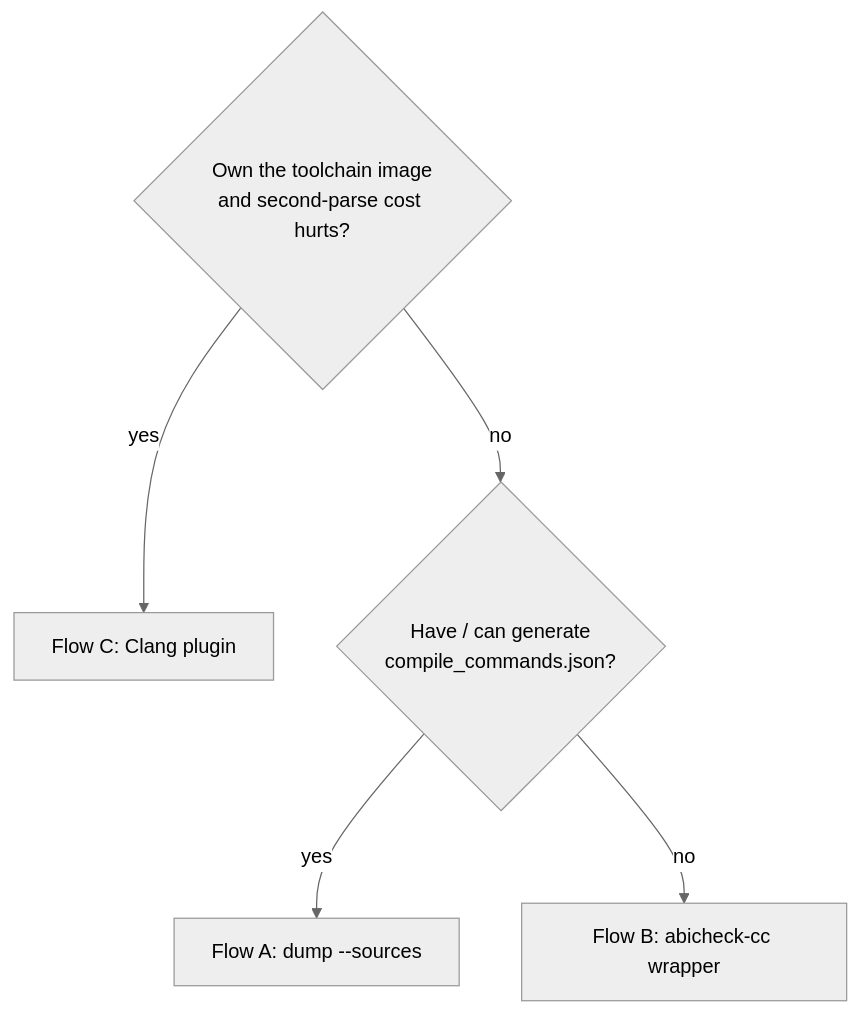
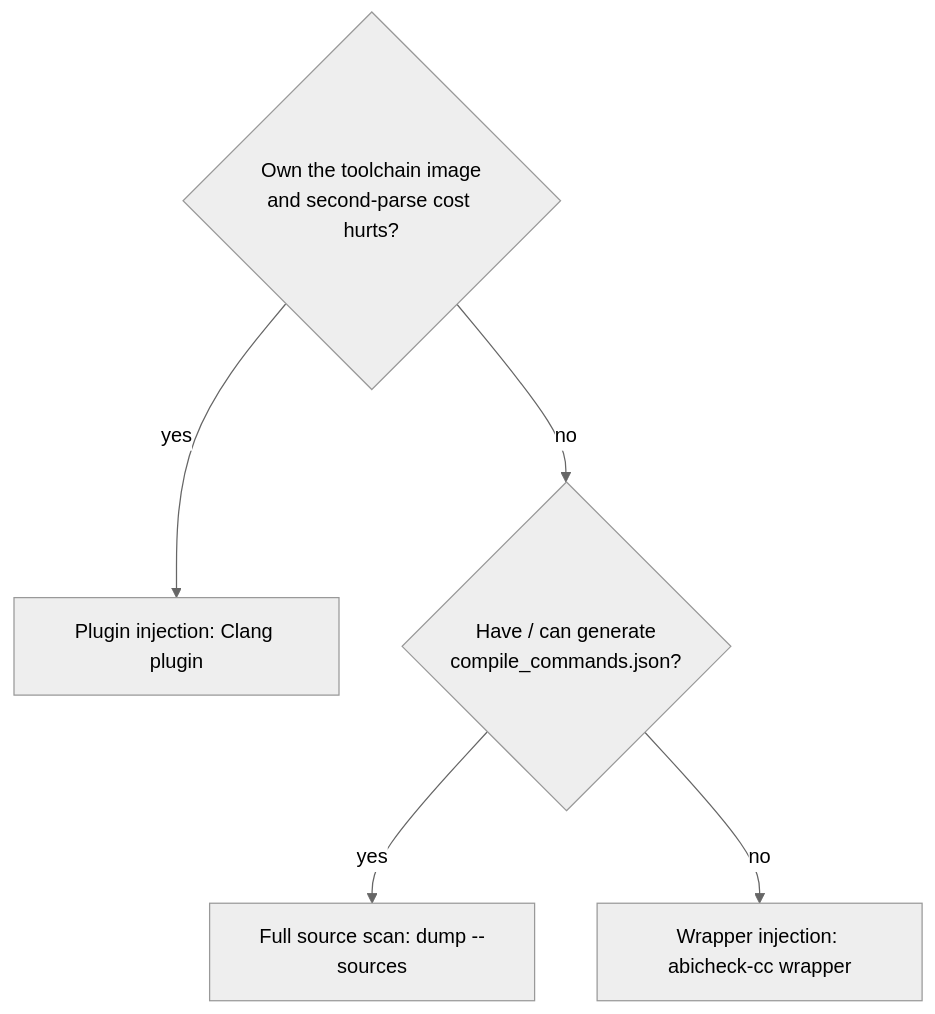
The diagram in docs/user-guide/producing-source-facts.md (abicheck/abicheck), drawn with Mermaid (neutral theme) before and after one commit. The commit also changed other lines of this file and 14 other files, not shown here.

First line of the commit message:
docs: rename ADR-038 "Flow C" shorthand to its own formal name

````diff
--- a/docs/user-guide/producing-source-facts.md
+++ b/docs/user-guide/producing-source-facts.md
@@ -30,7 +30,7 @@
 ```mermaid
 graph TD
-    A{Own the toolchain image<br/>and second-parse cost hurts?} -->|yes| C[Flow C: Clang plugin]
+    A{Own the toolchain image<br/>and second-parse cost hurts?} -->|yes| C[Plugin injection: Clang plugin]
     A -->|no| B{Have / can generate<br/>compile_commands.json?}
-    B -->|yes| FA[Flow A: dump --sources]
-    B -->|no| FB[Flow B: abicheck-cc wrapper]
+    B -->|yes| FA[Full source scan: dump --sources]
+    B -->|no| FB[Wrapper injection: abicheck-cc wrapper]
 ```
````
